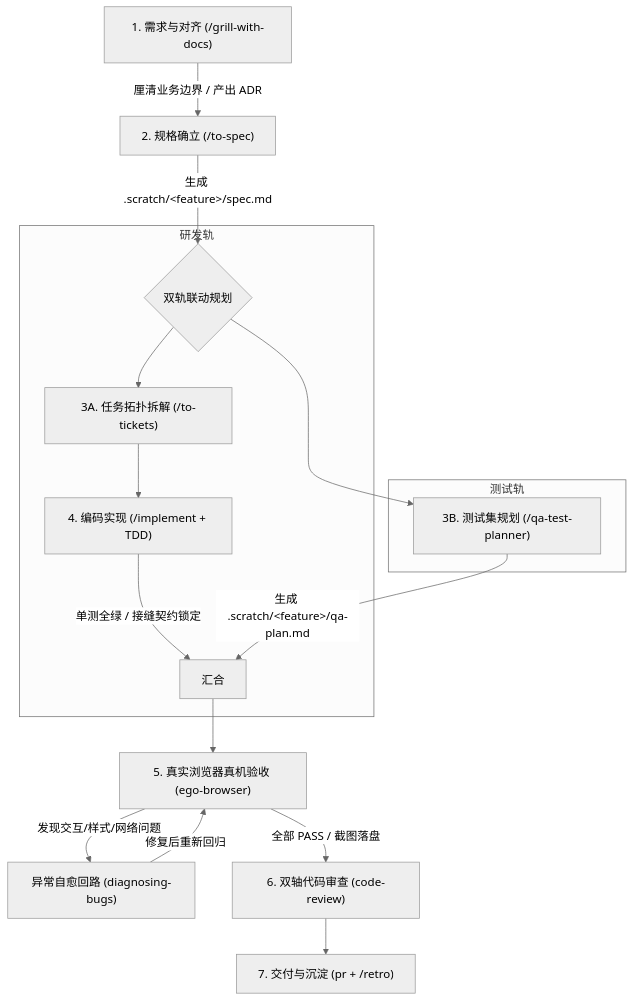
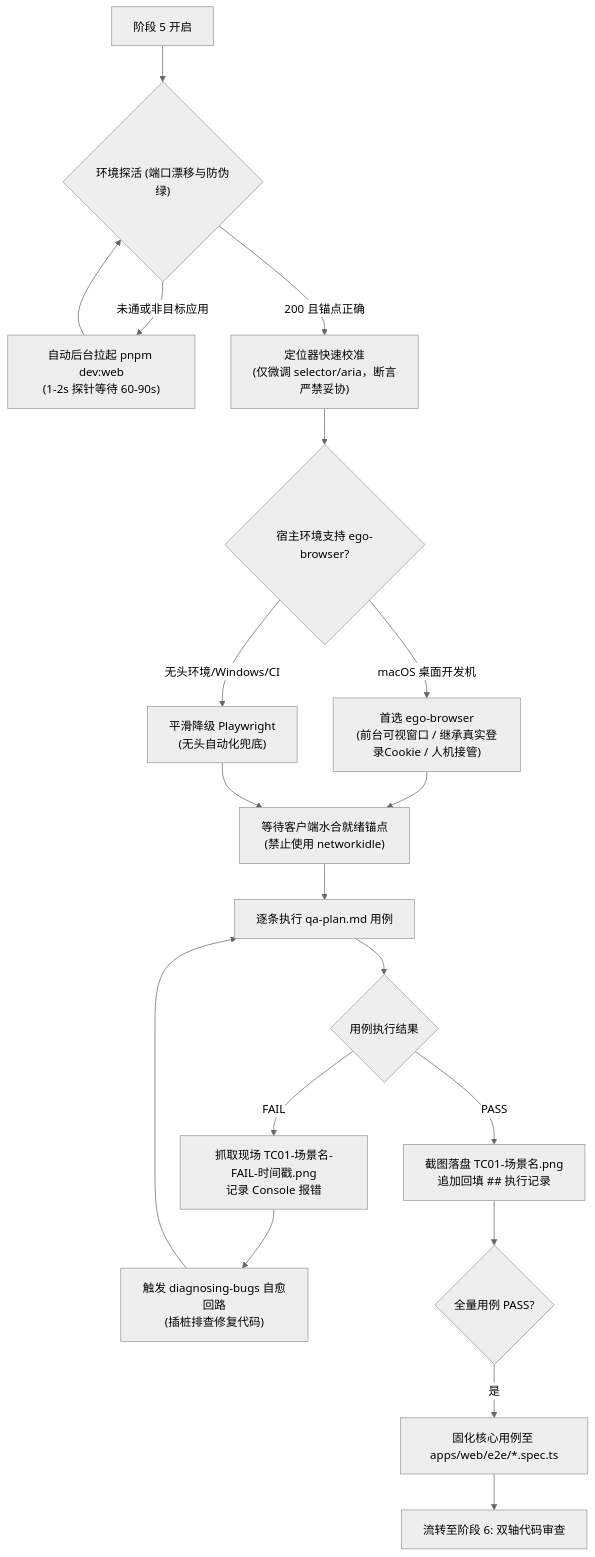
The ninth of 15 diagrams in docs/guide.md (wxy-hh/qa-workflow), drawn with Mermaid (neutral theme) before and after one commit. The commit also changed other lines of this file and 3 other files, not shown here.

````diff
--- a/docs/guide.md
+++ b/docs/guide.md
@@ -99,23 +794,25 @@
 ```mermaid
 flowchart TD
-    S1["1. 需求与对齐 (/grill-with-docs)"] -->|厘清业务边界 / 产出 ADR| S2["2. 规格确立 (/to-spec)"]
-    S2 -->|生成 .scratch/&lt;feature&gt;/spec.md| Fork{双轨联动规划}
+    Start[阶段 5 开启] --> PreCheck{"环境探活 (端口漂移与防伪绿)"}
+    PreCheck -->|未通或非目标应用| AutoStart["自动后台拉起 pnpm dev:web<br>(1-2s 探针等待 60-90s)"]
+    AutoStart --> PreCheck
+    PreCheck -->|200 且锚点正确| LocatorCalib["定位器快速校准<br>(仅微调 selector/aria，断言严禁妥协)"]
     
-    subgraph Track_Dev [研发轨]
-        Fork --> S3A["3A. 任务拓扑拆解 (/to-tickets)"]
-        S3A --> S4["4. 编码实现 (/implement + TDD)"]
-        S4 -->|单测全绿 / 接缝契约锁定| Join[汇合]
-    end
+    LocatorCalib --> ToolSelect{"宿主环境支持 ego-browser?"}
+    ToolSelect -->|macOS 桌面开发机| Ego["首选 ego-browser<br>(前台可视窗口 / 继承真实登录Cookie / 人机接管)"]
+    ToolSelect -->|无头环境/Windows/CI| Pw["平滑降级 Playwright<br>(无头自动化兜底)"]
     
-    subgraph Track_QA [测试轨]
-        Fork --> S3B["3B. 测试集规划 (/qa-test-planner)"]
-        S3B -->|生成 .scratch/&lt;feature&gt;/qa-plan.md| Join
-    end
+    Ego & Pw --> Anchor["等待客户端水合就绪锚点<br>(禁止使用 networkidle)"]
+    Anchor --> ExecTC["逐条执行 qa-plan.md 用例"]
     
-    Join --> S5["5. 真实浏览器真机验收 (ego-browser)"]
-    S5 -->|发现交互/样式/网络问题| Remediation["异常自愈回路 (diagnosing-bugs)"]
-    Remediation -->|修复后重新回归| S5
+    ExecTC --> CheckResult{用例执行结果}
+    CheckResult -->|PASS| RecordPass["截图落盘 TC01-场景名.png<br>追加回填 ## 执行记录"]
+    CheckResult -->|FAIL| RecordFail["抓取现场 TC01-场景名-FAIL-时间戳.png<br>记录 Console 报错"]
     
-    S5 -->|全部 PASS / 截图落盘| S6["6. 双轴代码审查 (code-review)"]
-    S6 --> S7["7. 交付与沉淀 (pr + /retro)"]
+    RecordFail --> Remediation["触发 diagnosing-bugs 自愈回路<br>(插桩排查修复代码)"]
+    Remediation --> ExecTC
+    
+    RecordPass --> AllDone{全量用例 PASS?}
+    AllDone -->|是| Solidify["固化核心用例至 apps/web/e2e/*.spec.ts"]
+    Solidify --> Phase6[流转至阶段 6: 双轴代码审查]
 ```
````
